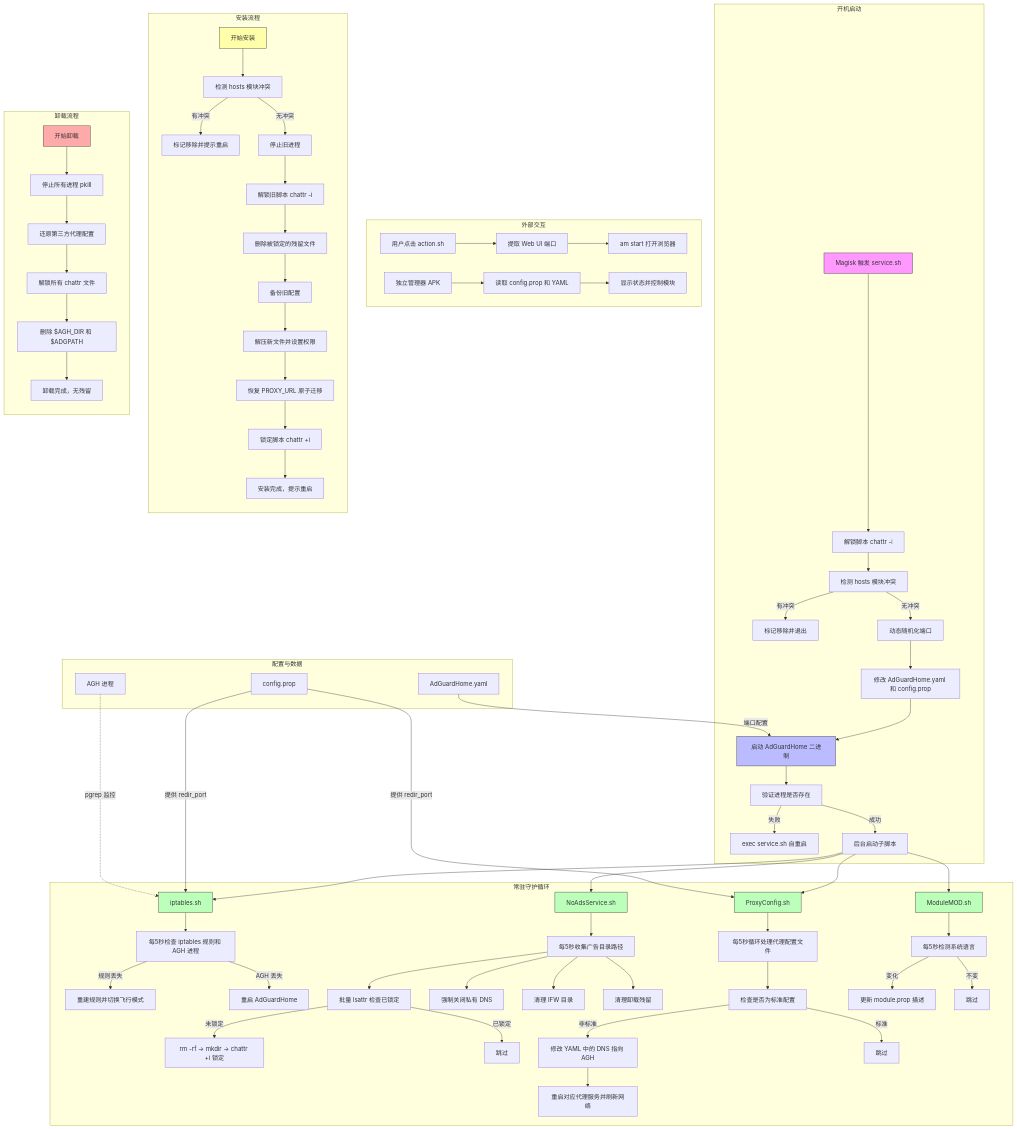
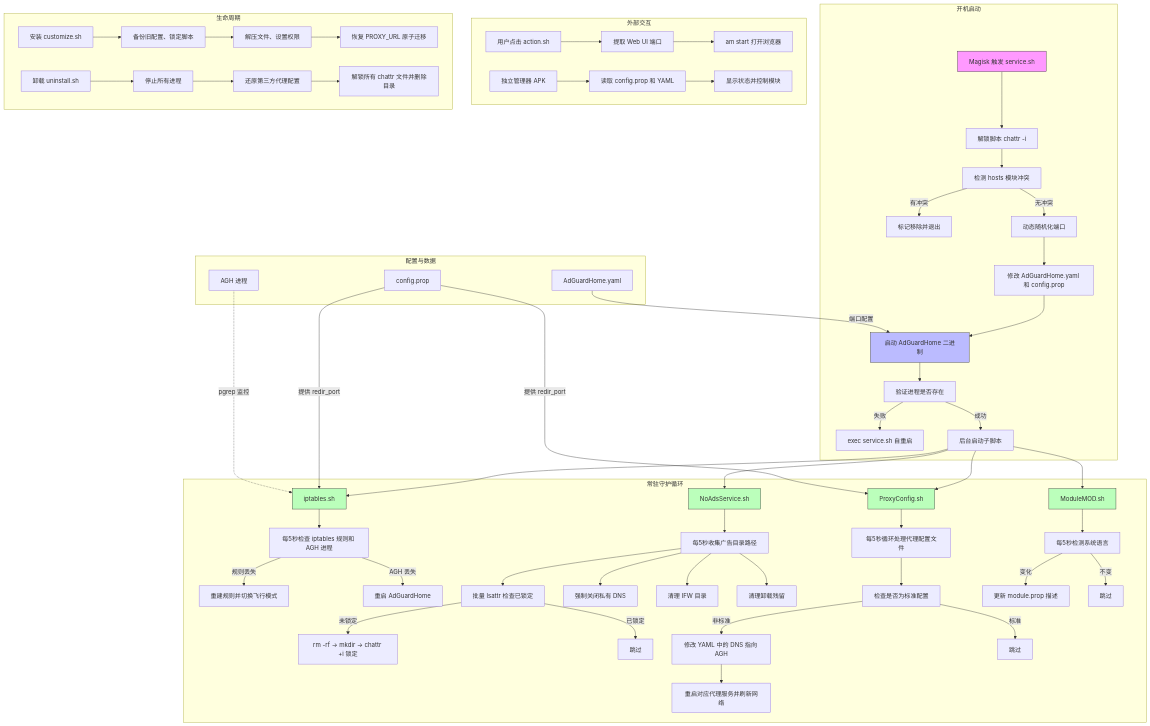
One commit to liuzq2002/Adguard-Home-For-Magisk-Mod changed the diagram in README.md. Above: the diagram before and after it, drawn with Mermaid.

````diff
--- a/README.md
+++ b/README.md
@@ -69,27 +69,13 @@
         W --> X[显示状态并控制模块]
     end
 
-    subgraph 安装流程
-        direction TB
-        I1[开始安装] --> I2[检测 hosts 模块冲突]
-        I2 -->|有冲突| I3[标记移除并提示重启]
-        I2 -->|无冲突| I4[停止旧进程]
-        I4 --> I5[解锁旧脚本 chattr -i]
-        I5 --> I6[删除被锁定的残留文件]
-        I6 --> I7[备份旧配置]
-        I7 --> I8[解压新文件并设置权限]
-        I8 --> I9[恢复 PROXY_URL 原子迁移]
-        I9 --> I10[锁定脚本 chattr +i]
-        I10 --> I11[安装完成，提示重启]
-    end
-
-    subgraph 卸载流程
-        direction TB
-        U1[开始卸载] --> U2[停止所有进程 pkill]
-        U2 --> U3[还原第三方代理配置]
-        U3 --> U4[解锁所有 chattr 文件]
-        U4 --> U5[删除 $AGH_DIR 和 $ADGPATH]
-        U5 --> U6[卸载完成，无残留]
+    subgraph 生命周期
+        Y[安装 customize.sh] --> Z[备份旧配置、锁定脚本]
+        Z --> AA[解压文件、设置权限]
+        AA --> AB[恢复 PROXY_URL 原子迁移]
+        AC[卸载 uninstall.sh] --> AD[停止所有进程]
+        AD --> AE[还原第三方代理配置]
+        AE --> AF[解锁所有 chattr 文件并删除目录]
     end
 
     style A fill:#f9f,stroke:#333
@@ -98,6 +84,4 @@
     style L fill:#bfb,stroke:#333
     style M fill:#bfb,stroke:#333
     style N fill:#bfb,stroke:#333
-    style I1 fill:#ffa,stroke:#333
-    style U1 fill:#faa,stroke:#333
 ```
````
